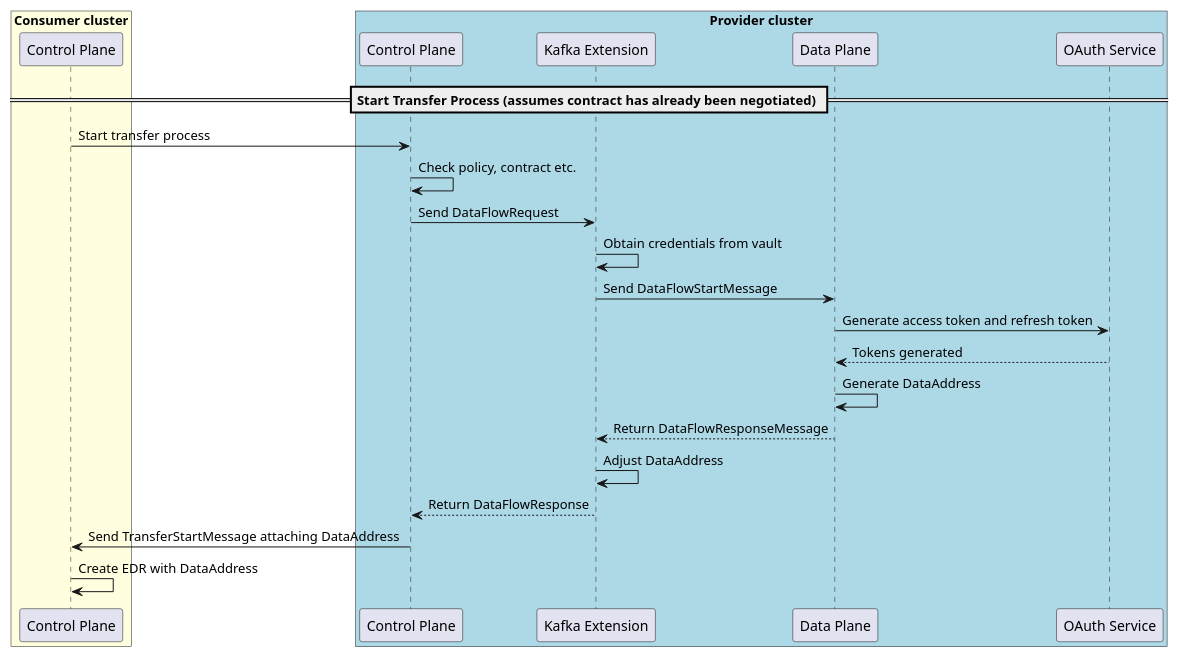
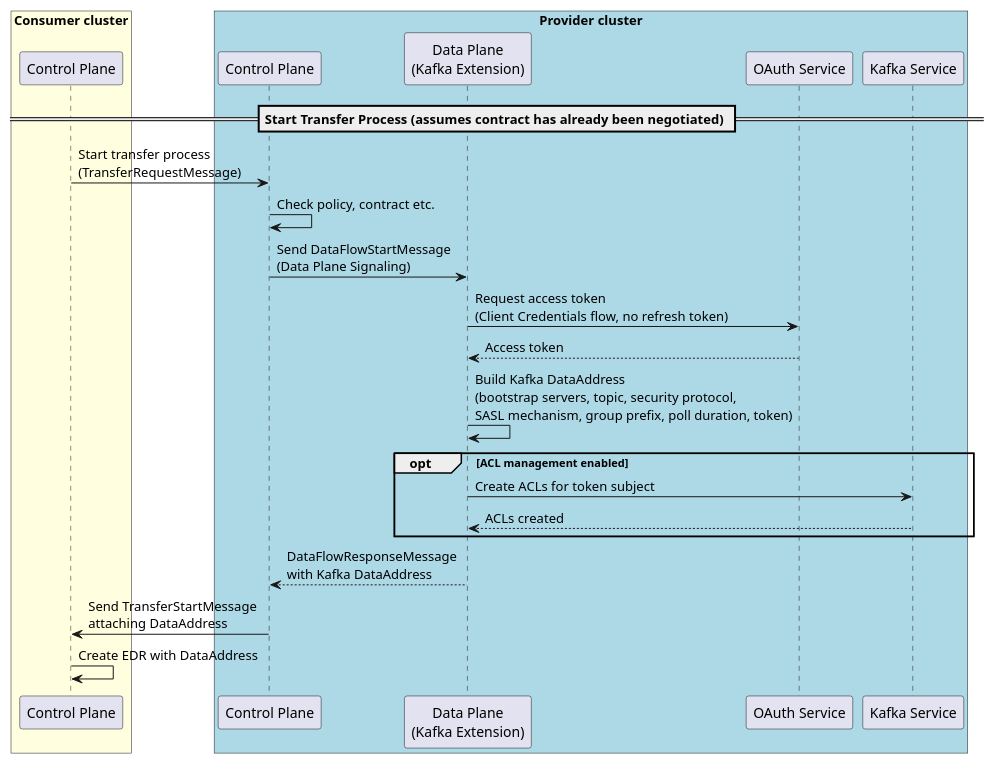
The diagram in docs/development/kafka-streaming/diagrams/Sequence diagram EDC Kafka Extension start transfer process.puml (ds-jhartmann/tractusx-edc), drawn with PlantUML before and after one commit. The commit also changed 11 other files, not shown here.

Commit message:
docs(kafka): align docs with data-plane lifecycle and wiring

```diff
--- a/docs/development/kafka-streaming/diagrams/Sequence diagram EDC Kafka Extension start transfer process.puml
+++ b/docs/development/kafka-streaming/diagrams/Sequence diagram EDC Kafka Extension start transfer process.puml
@@ -1,31 +1,31 @@
 @startuml
 /'
 SPDX-License-Identifier: CC-BY-4.0
 SPDX-FileCopyrightText: (c) 2026 Contributors to the Eclipse Foundation
 '/
 box "Consumer cluster" #LightYellow
     participant "Control Plane" as ConsumerCP
 end box
 
 box "Provider cluster" #LightBlue
     participant "Control Plane"  as ProviderCP
-    participant "Kafka Extension" as ProviderKE
-    participant "Data Plane"  as ProviderDP
+    participant "Data Plane\n(Kafka Extension)" as ProviderDP
     participant "OAuth Service" as OAuth2
+    participant "Kafka Service" as Kafka
 end box
 
 == Start Transfer Process (assumes contract has already been negotiated) ==
-ConsumerCP -> ProviderCP : Start transfer process
+ConsumerCP -> ProviderCP : Start transfer process\n(TransferRequestMessage)
 ProviderCP -> ProviderCP : Check policy, contract etc.
-ProviderCP -> ProviderKE : Send DataFlowRequest
-ProviderKE -> ProviderKE : Obtain credentials from vault
-ProviderKE -> ProviderDP : Send DataFlowStartMessage
-ProviderDP -> OAuth2 : Generate access token and refresh token
-ProviderDP <-- OAuth2 : Tokens generated
-ProviderDP -> ProviderDP : Generate DataAddress
-ProviderKE <-- ProviderDP : Return DataFlowResponseMessage
-ProviderKE -> ProviderKE : Adjust DataAddress
-ProviderKE --> ProviderCP : Return DataFlowResponse
-ProviderCP -> ConsumerCP : Send TransferStartMessage attaching DataAddress
+ProviderCP -> ProviderDP : Send DataFlowStartMessage\n(Data Plane Signaling)
+ProviderDP -> OAuth2 : Request access token\n(Client Credentials flow, no refresh token)
+ProviderDP <-- OAuth2 : Access token
+ProviderDP -> ProviderDP : Build Kafka DataAddress\n(bootstrap servers, topic, security protocol,\nSASL mechanism, group prefix, poll duration, token)
+opt ACL management enabled
+    ProviderDP -> Kafka : Create ACLs for token subject
+    ProviderDP <-- Kafka : ACLs created
+end
+ProviderCP <-- ProviderDP : DataFlowResponseMessage\nwith Kafka DataAddress
+ProviderCP -> ConsumerCP : Send TransferStartMessage\nattaching DataAddress
 ConsumerCP -> ConsumerCP : Create EDR with DataAddress
 @enduml
```
